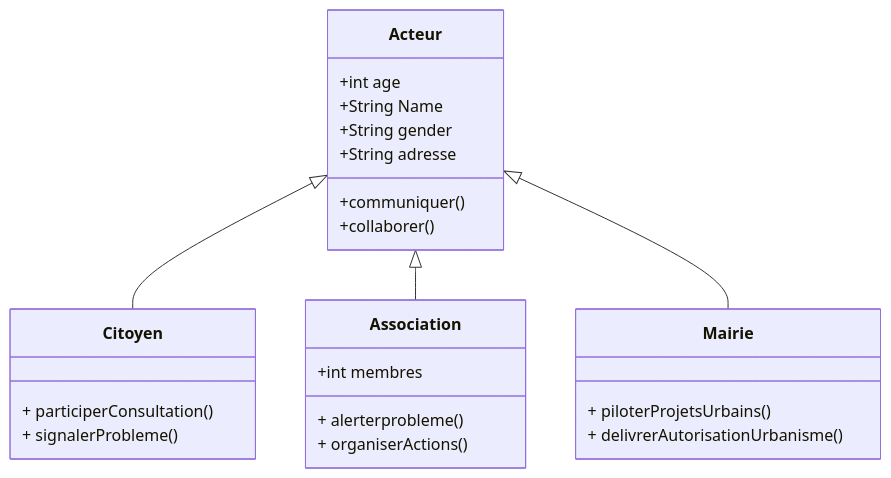
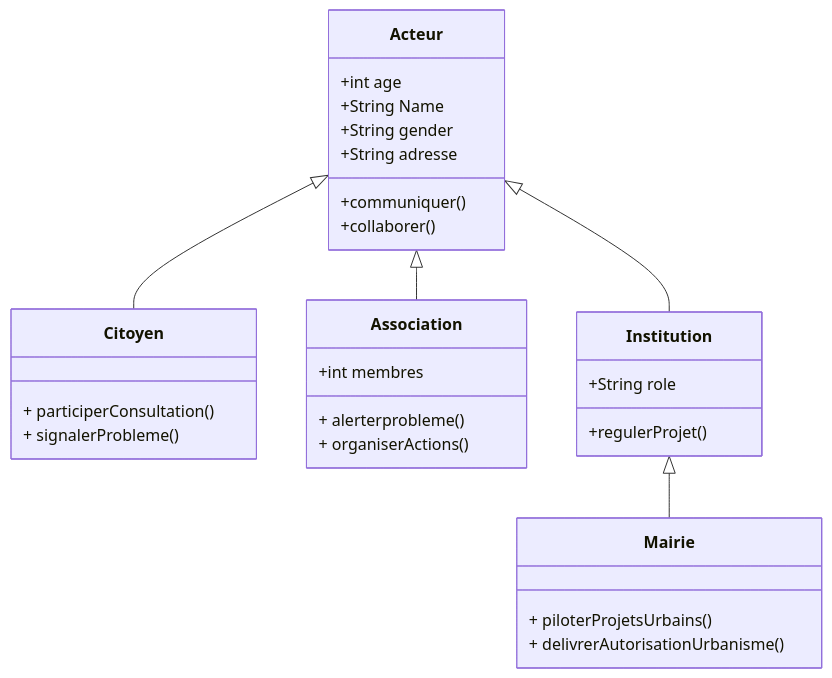
The diagram in acteursDoudousml.md (kahiarchi/plaine---saint--Denis---batiment-), drawn with Mermaid before and after one commit.

````diff
--- a/acteursDoudousml.md
+++ b/acteursDoudousml.md
@@ -1,26 +1,31 @@
 ```mermaid
 classDiagram
     Acteur <|-- Citoyen
     Acteur <|-- Association
-    Acteur <|-- Mairie
+    Acteur <|-- Institution
+    Institution <|-- Mairie
     Acteur : +int age
     Acteur : +String Name
     Acteur : +String gender
     Acteur : +String adresse
     Acteur: +communiquer()
     Acteur: +collaborer()
     class Citoyen{
       + participerConsultation()
       + signalerProbleme()
+    }
+class Institution {
+        +String role
+        +regulerProjet()
     }
     class Association{
 
     +int membres 
     + alerterprobleme()
     + organiserActions()
     }
    class Mairie {
     + piloterProjetsUrbains()
     + delivrerAutorisationUrbanisme()
 }
 ```
````
